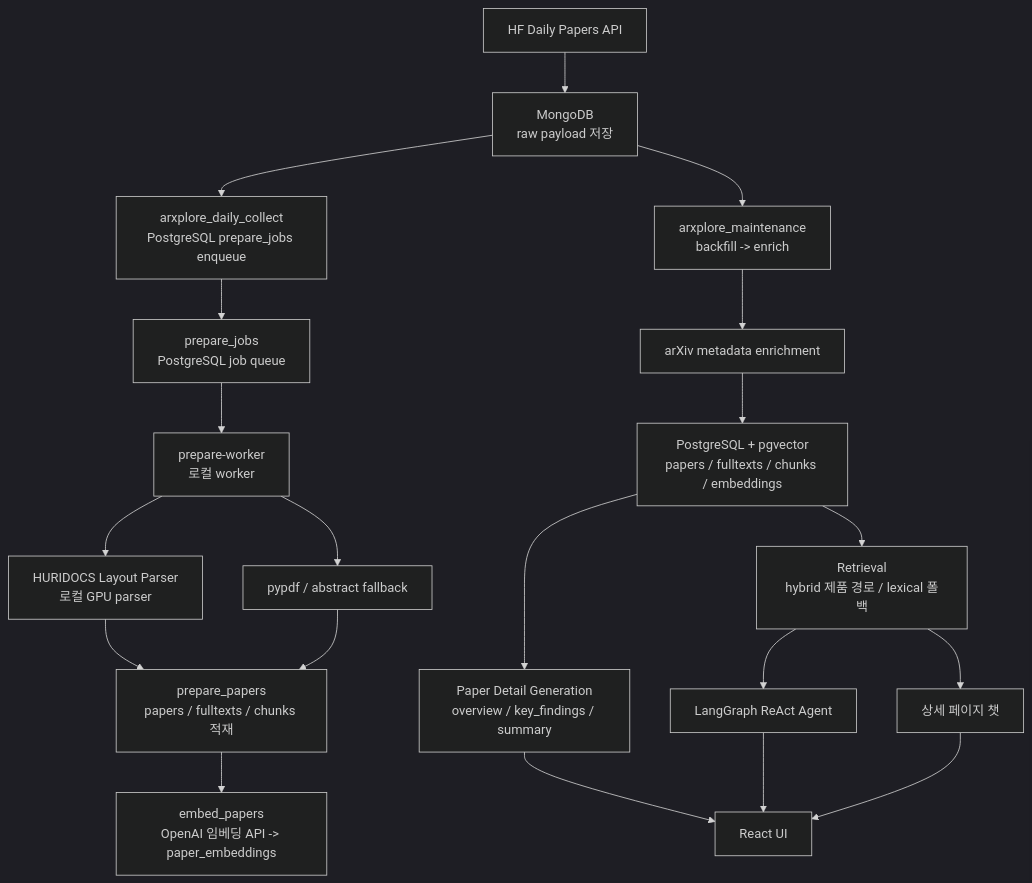
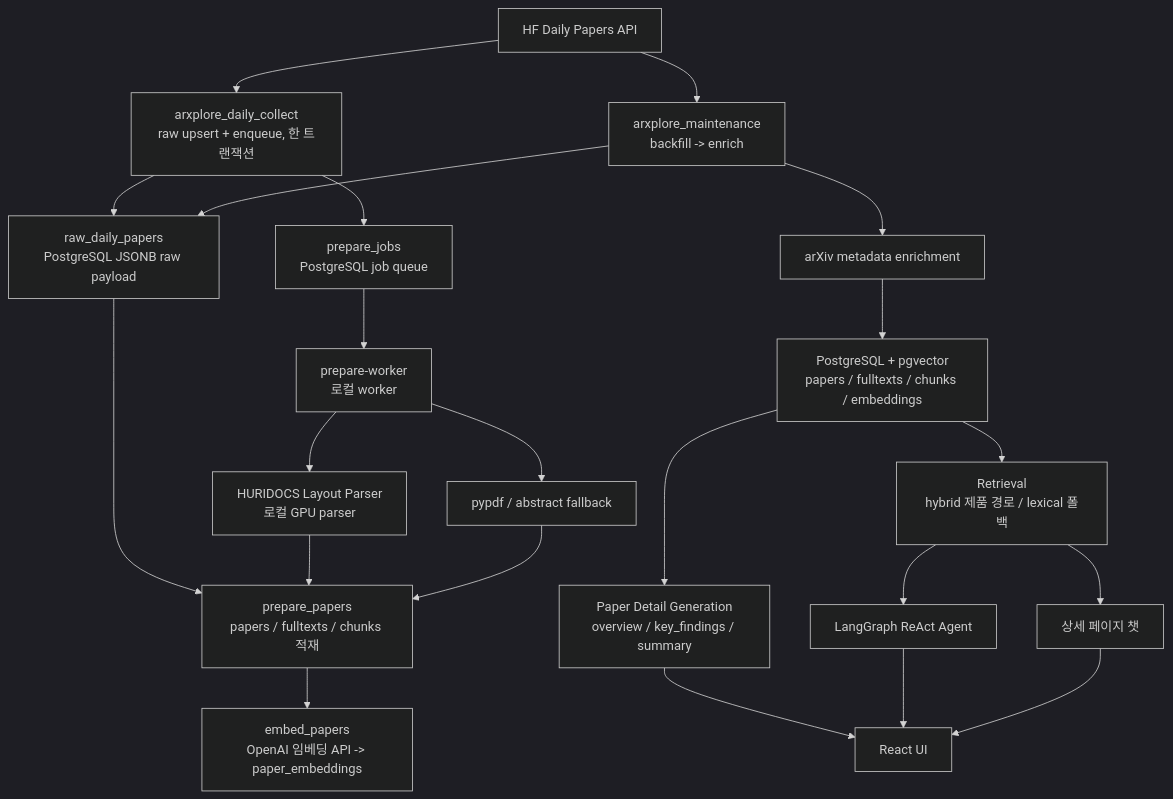
One commit to cwj0666/ArXplore changed the first of 2 diagrams in docs/architecture/ARCHITECTURE.md. Above: the diagram before and after it, drawn with Mermaid (dark theme). The commit also changed other lines of this file and 26 other files, not shown here.

First line of the commit message:
refactor: make PostgreSQL the only datastore

````diff
--- a/docs/architecture/ARCHITECTURE.md
+++ b/docs/architecture/ARCHITECTURE.md
@@ -11,22 +11,24 @@
 ```mermaid
 flowchart TD
-    A[HF Daily Papers API] --> B[MongoDB<br/>raw payload 저장]
-    B --> C[arxplore_daily_collect<br/>PostgreSQL prepare_jobs enqueue]
+    A[HF Daily Papers API] --> C[arxplore_daily_collect<br/>raw upsert + enqueue, 한 트랜잭션]
+    C --> B[raw_daily_papers<br/>PostgreSQL JSONB raw payload]
     C --> D[prepare_jobs<br/>PostgreSQL job queue]
     D --> E[prepare-worker<br/>로컬 worker]
     E --> F[HURIDOCS Layout Parser<br/>로컬 GPU parser]
     E --> G[pypdf / abstract fallback]
-    F --> H[prepare_papers<br/>papers / fulltexts / chunks 적재]
+    B --> H[prepare_papers<br/>papers / fulltexts / chunks 적재]
+    F --> H
     G --> H
     H --> I[embed_papers<br/>OpenAI 임베딩 API -> paper_embeddings]
-    B --> J[arxplore_maintenance<br/>backfill -> enrich]
+    A --> J[arxplore_maintenance<br/>backfill -> enrich]
+    J --> B
     J --> K[arXiv metadata enrichment]
     K --> L[PostgreSQL + pgvector<br/>papers / fulltexts / chunks / embeddings]
     L --> M[Retrieval<br/>hybrid 제품 경로 / lexical 폴백]
     L --> N[Paper Detail Generation<br/>overview / key_findings / summary]
     M --> O[LangGraph ReAct Agent]
     M --> Q[상세 페이지 챗]
     N --> P[React UI]
     O --> P
     Q --> P
 ```
````
